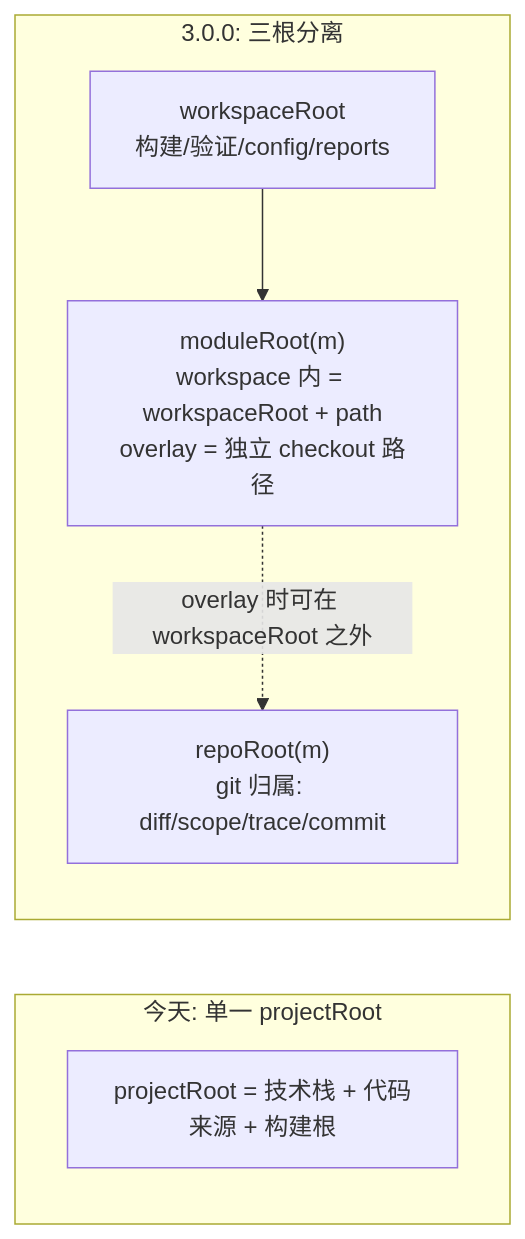
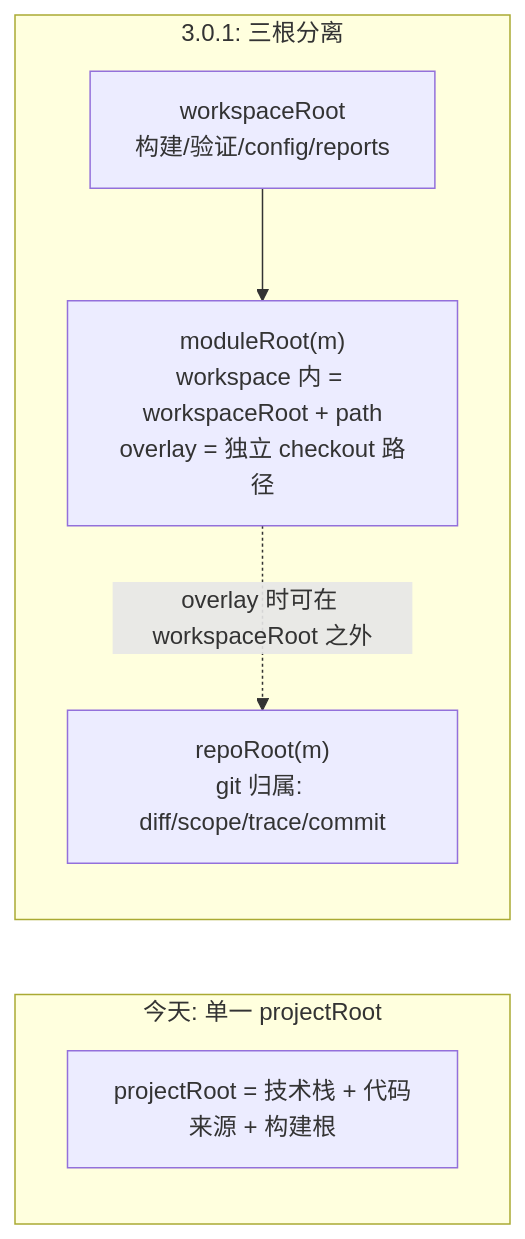
Before and after one commit to sqsqsq/agent-maison: the first of 2 diagrams in .cursor/plans/android_工程适配_5e3400c3.plan.md, drawn with Mermaid. The commit also changed other lines of this file, not shown here.

````diff
--- a/.cursor/plans/android_工程适配_5e3400c3.plan.md
+++ b/.cursor/plans/android_工程适配_5e3400c3.plan.md
@@ -59,13 +64,13 @@
 ```mermaid
 flowchart LR
   subgraph today [今天: 单一 projectRoot]
     PR[projectRoot = 技术栈 + 代码来源 + 构建根]
   end
-  subgraph future [3.0.0: 三根分离]
+  subgraph future [3.0.1: 三根分离]
     WR[workspaceRoot<br/>构建/验证/config/reports]
     MR["moduleRoot(m)<br/>workspace 内 = workspaceRoot + path<br/>overlay = 独立 checkout 路径"]
     RR["repoRoot(m)<br/>git 归属: diff/scope/trace/commit"]
     WR --> MR
     MR -. overlay 时可在 workspaceRoot 之外 .-> RR
   end
 ```
````
